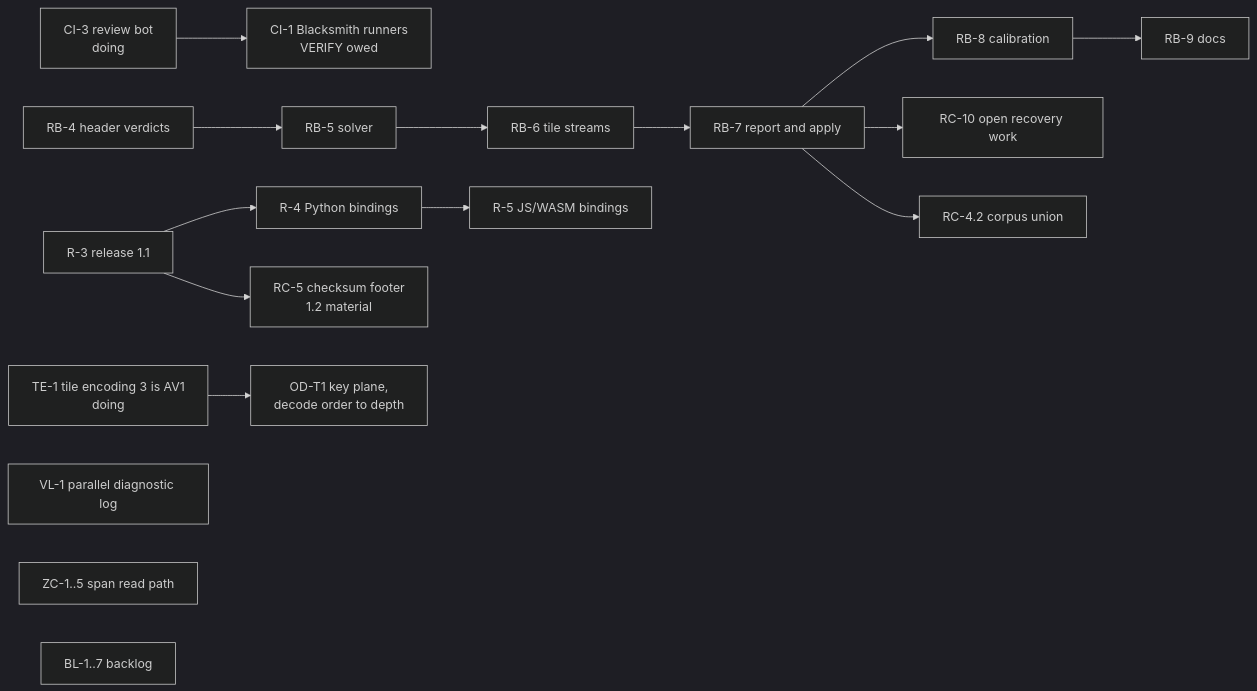
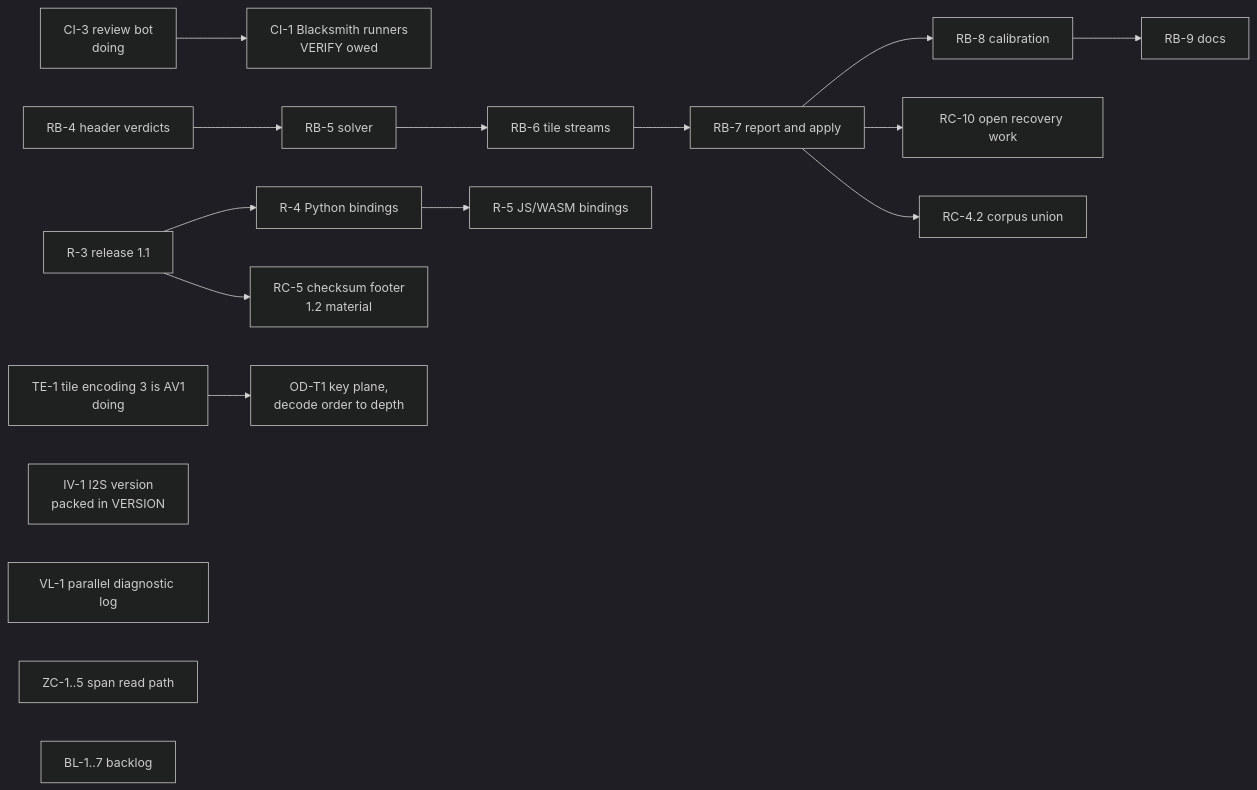
The diagram in development/WBS.md (Aptix-Bio/Iris-File-Extension), drawn with Mermaid (dark theme) before and after one commit. The commit also changed other lines of this file and 6 other files, not shown here.

First line of the commit message:
I2sVersion_IV-1: under METADATA_I2S, ATTRIBUTES.VERSION shall be the I2S version packed major << 8 | minor

````diff
--- a/development/WBS.md
+++ b/development/WBS.md
@@ -40,18 +40,19 @@
 ```mermaid
 flowchart LR
     CI3["CI-3 review bot<br/>doing"] --> CI1["CI-1 Blacksmith runners<br/>VERIFY owed"]
     RB4["RB-4 header verdicts"] --> RB5["RB-5 solver"]
     RB5 --> RB6["RB-6 tile streams"]
     RB6 --> RB7["RB-7 report and apply"]
     RB7 --> RB8["RB-8 calibration"]
     RB8 --> RB9["RB-9 docs"]
     RB7 --> RC10["RC-10 open recovery work"]
     RB7 --> RC4["RC-4.2 corpus union"]
     R3["R-3 release 1.1"] --> R4["R-4 Python bindings"]
     R4 --> R5["R-5 JS/WASM bindings"]
     R3 --> RC5["RC-5 checksum footer<br/>1.2 material"]
     TE1["TE-1 tile encoding 3 is AV1<br/>doing"] --> OD["OD-T1 key plane,<br/>decode order to depth"]
+    IV1["IV-1 I2S version<br/>packed in VERSION"]
     VL1["VL-1 parallel diagnostic log"]
     ZC["ZC-1..5 span read path"]
     BL["BL-1..7 backlog"]
 ```
````
